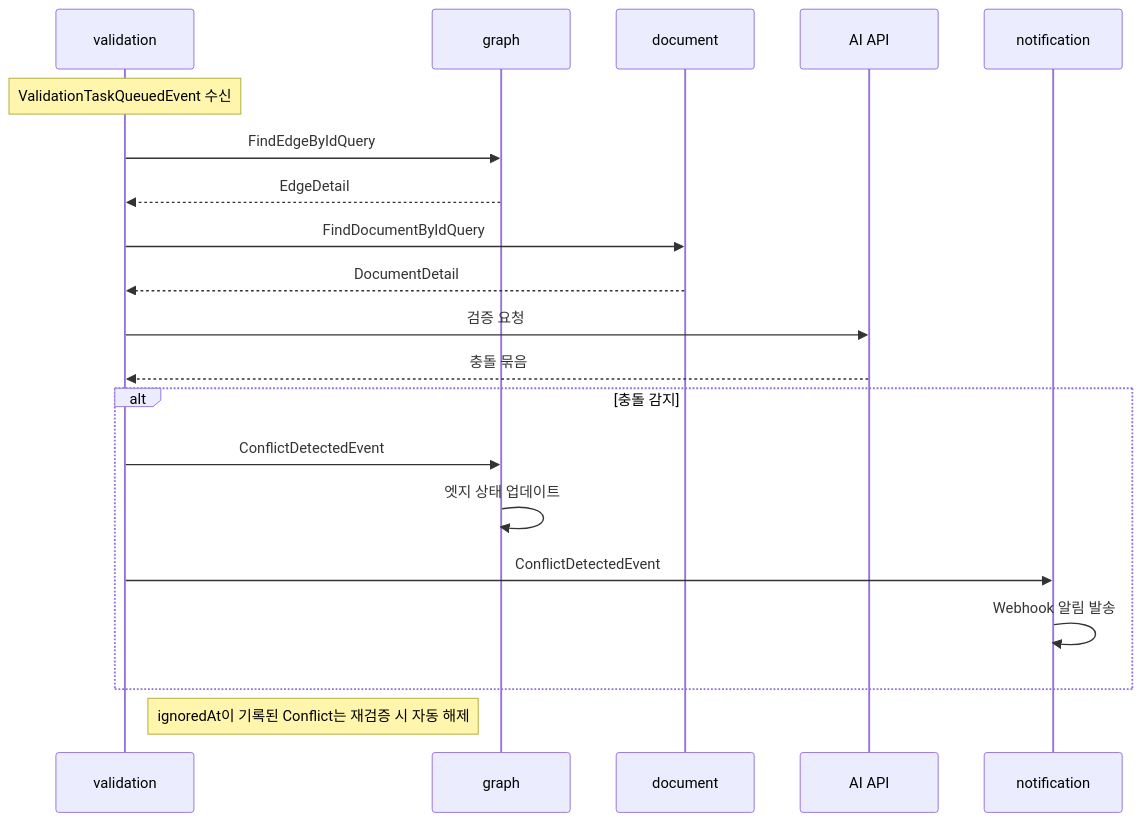
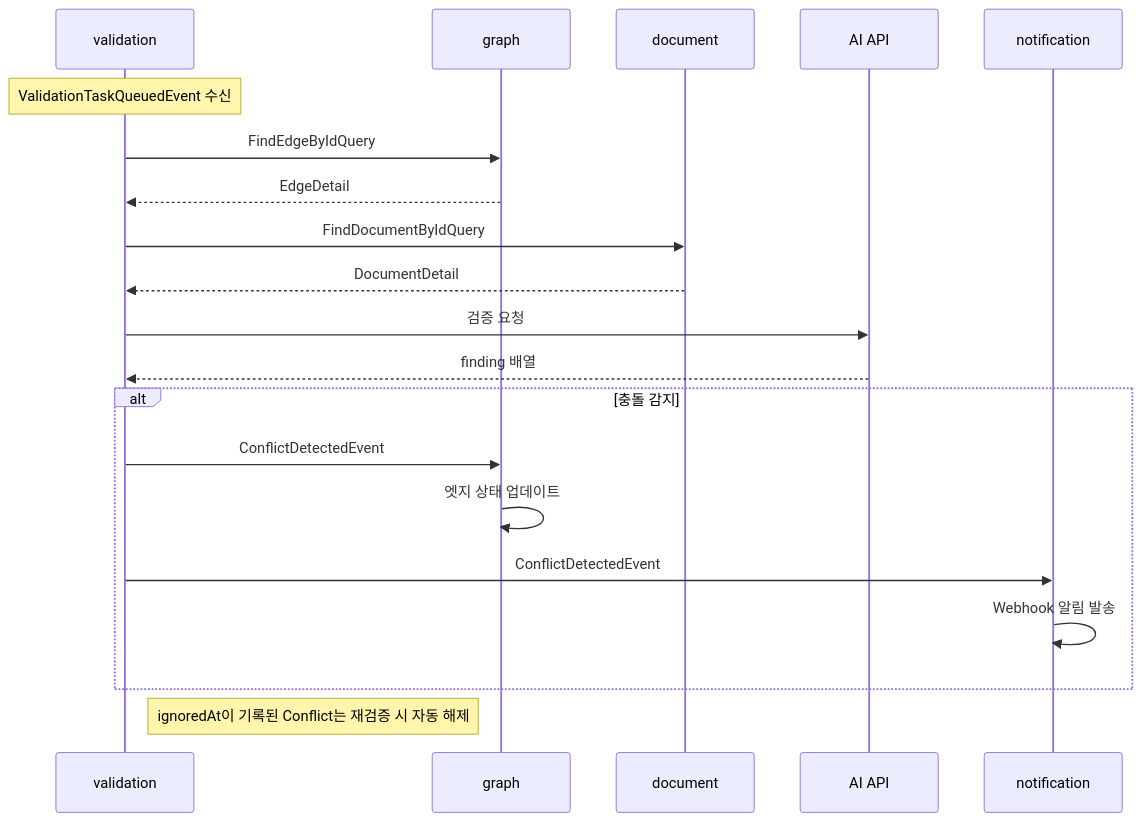
The third of 3 diagrams in docs/domains.md (KHU-Cloud-2026-H/doc-graph), drawn with Mermaid before and after one commit. The commit also changed other lines of this file and 32 other files, not shown here.

````diff
--- a/docs/domains.md
+++ b/docs/domains.md
@@ -79,23 +79,23 @@
 ```mermaid
 sequenceDiagram
     participant validation
     participant graph
     participant document
     participant AI as AI API
     participant notification
 
     Note over validation: ValidationTaskQueuedEvent 수신
     validation->>graph: FindEdgeByIdQuery
     graph-->>validation: EdgeDetail
     validation->>document: FindDocumentByIdQuery
     document-->>validation: DocumentDetail
     validation->>AI: 검증 요청
-    AI-->>validation: 충돌 묶음
+    AI-->>validation: finding 배열
     alt 충돌 감지
         validation->>graph: ConflictDetectedEvent
         graph->>graph: 엣지 상태 업데이트
         validation->>notification: ConflictDetectedEvent
         notification->>notification: Webhook 알림 발송
     end
     Note right of validation: ignoredAt이 기록된 Conflict는 재검증 시 자동 해제
 ```
````
